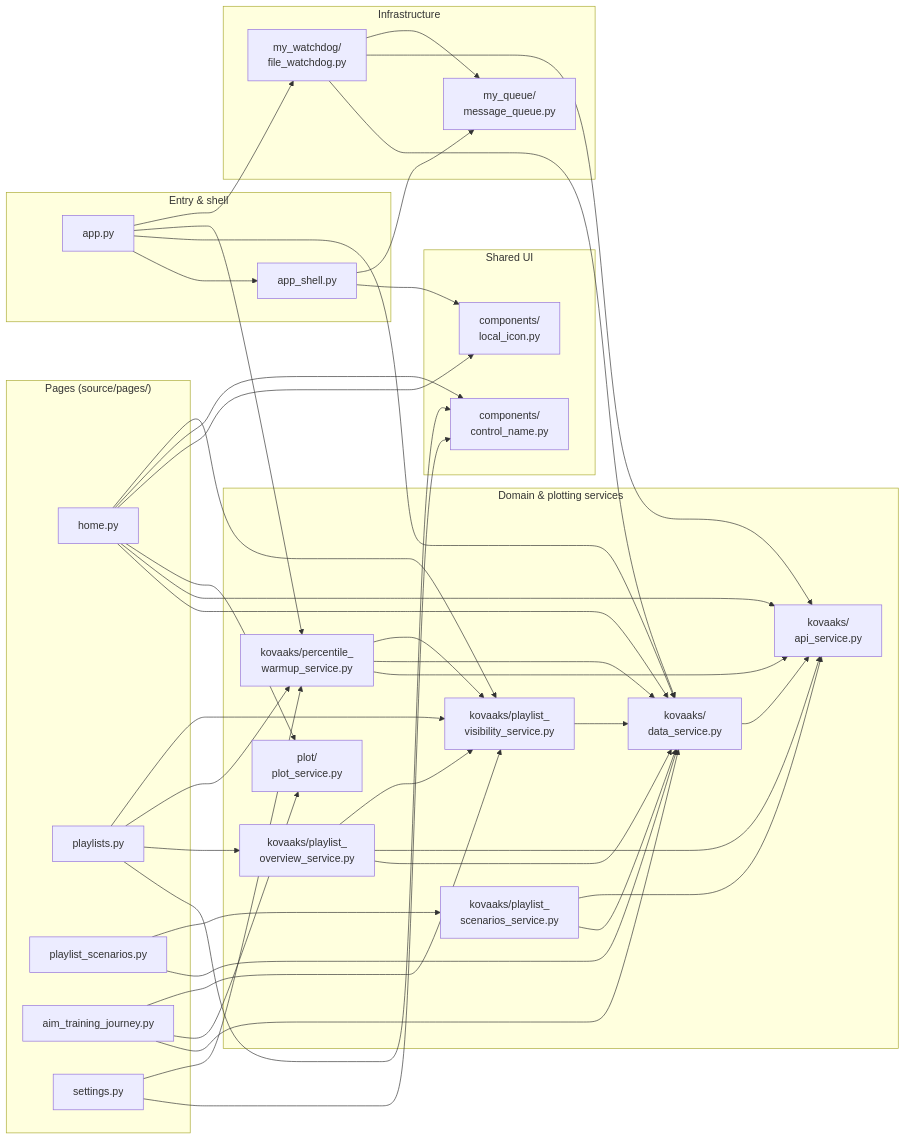
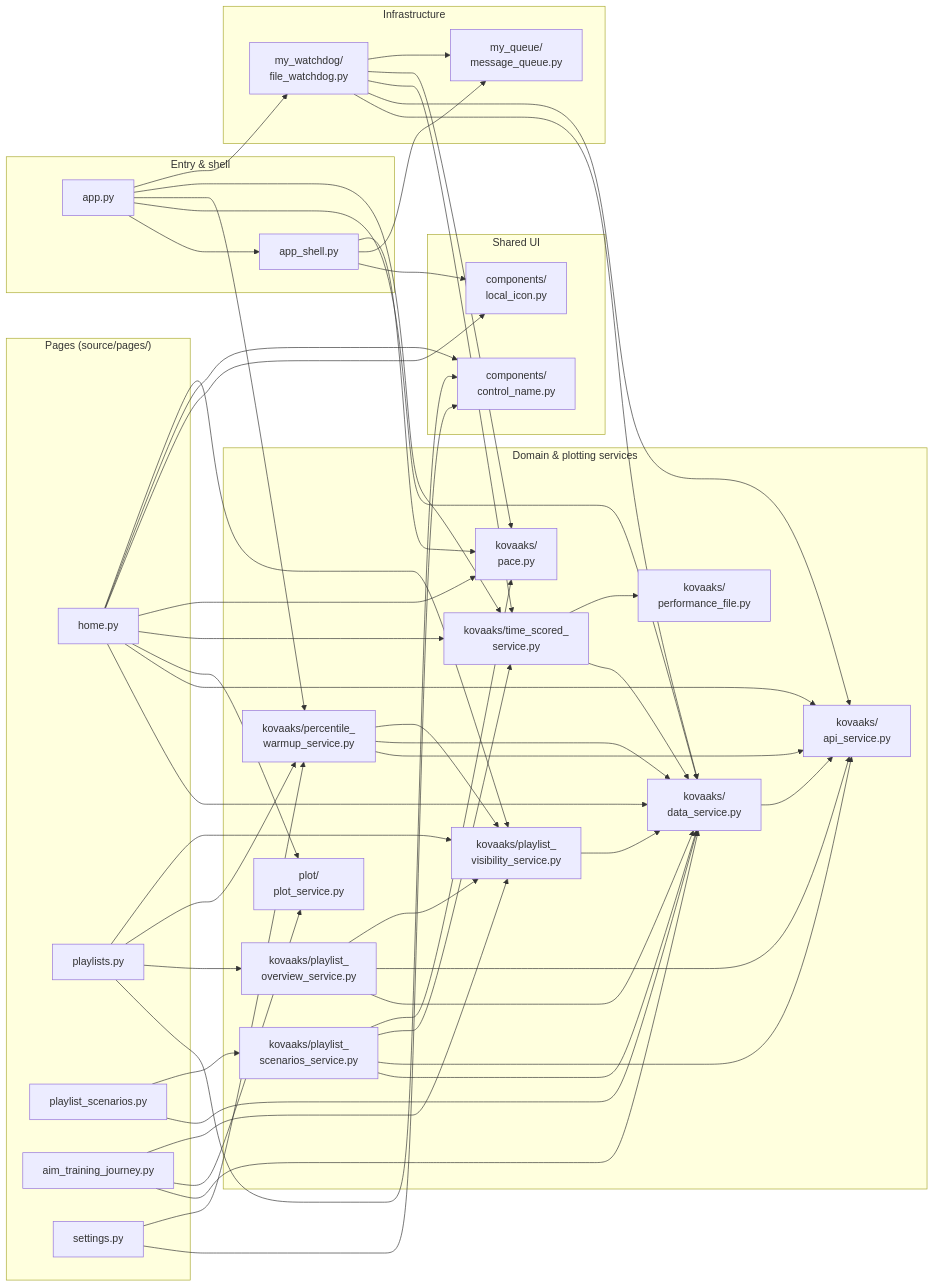
Before and after one commit to MingoDynasty/Corporate-Serf-Dashboard: the third of 3 diagrams in docs/architecture.md, drawn with Mermaid. The commit also changed other lines of this file and 10 other files, not shown here.

````diff
--- a/docs/architecture.md
+++ b/docs/architecture.md
@@ -236,6 +248,9 @@
         PlaylistService["kovaaks/playlist_<br/>scenarios_service.py"]
         OverviewService["kovaaks/playlist_<br/>overview_service.py"]
         Visibility["kovaaks/playlist_<br/>visibility_service.py"]
+        TimeScored["kovaaks/time_scored_<br/>service.py"]
+        PerfFile["kovaaks/<br/>performance_file.py"]
+        Pace["kovaaks/<br/>pace.py"]
         PlotService["plot/<br/>plot_service.py"]
     end
 
@@ -247,13 +262,17 @@
     App --> Shell
     App --> DataService
     App --> WarmupService
+    App --> TimeScored
     App --> FileWatchdog
 
     Shell --> LocalIcon
     Shell --> Queue
+    Shell --> Pace
     Home --> DataService
     Home --> ApiService
     Home --> PlotService
+    Home --> TimeScored
+    Home --> Pace
     Home --> LocalIcon
     Home --> ControlName
     Playlists --> ControlName
@@ -275,13 +294,19 @@
 
     PlaylistService --> DataService
     PlaylistService --> ApiService
+    PlaylistService --> TimeScored
+    PlaylistService --> Pace
     OverviewService --> DataService
     OverviewService --> ApiService
     OverviewService --> Visibility
     Visibility --> DataService
     DataService --> ApiService
+    TimeScored --> DataService
+    TimeScored --> PerfFile
 
     FileWatchdog --> DataService
     FileWatchdog --> ApiService
+    FileWatchdog --> TimeScored
+    FileWatchdog --> Pace
     FileWatchdog --> Queue
 ```
````
